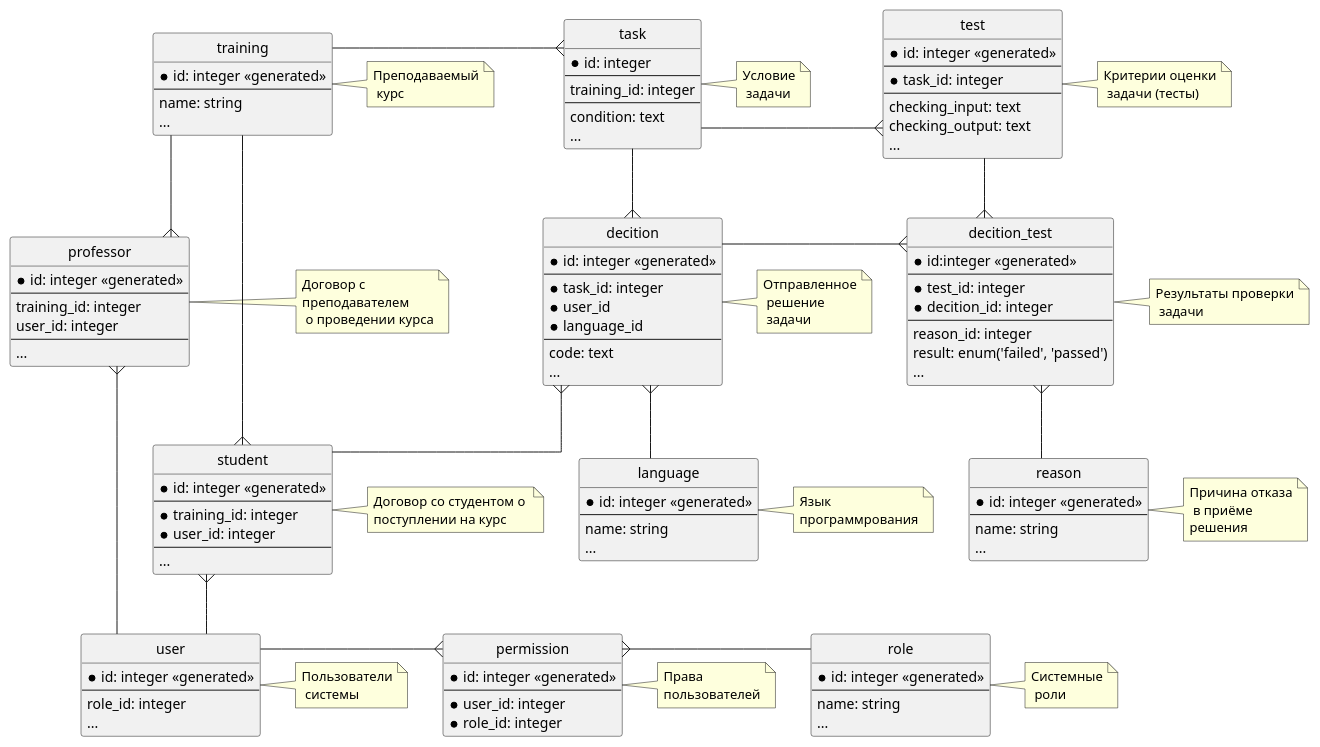
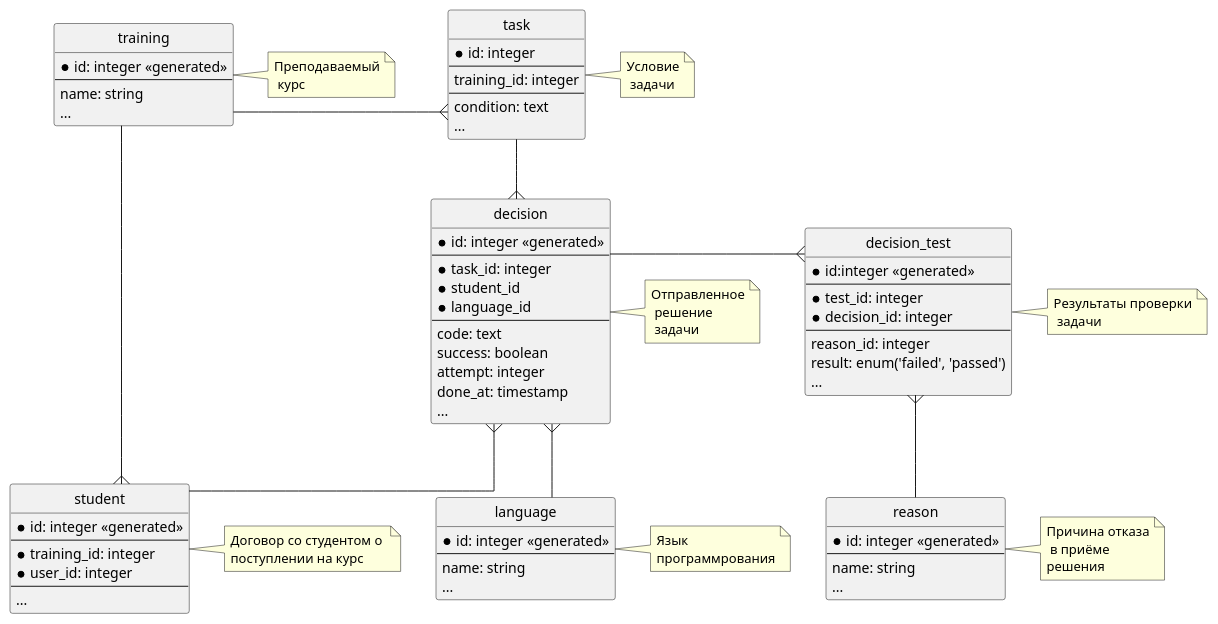
Before and after one commit to inutcin/codecontest: the diagram in docs/dicisions/ADR-0002/wsd/er_student.wsd, drawn with PlantUML. The commit also changed 8 other files, not shown here.

```diff
--- a/docs/dicisions/ADR-0002/wsd/er_student.wsd
+++ b/docs/dicisions/ADR-0002/wsd/er_student.wsd
@@ -1,141 +1,92 @@
-@startuml "ER"
+@startuml "ER student"
 
 skinparam linetype ortho
 hide circle
 
-
-entity user{
-    * id: integer <<generated>>
-    --
-    role_id: integer
-    ...
-}
-
-entity role {
-    * id: integer <<generated>>
-    --
-    name: string
-    ...
-}
-
-entity permission {
-    * id: integer <<generated>>
-    --
-    *user_id: integer
-    *role_id: integer
-}
 
 entity task {
     * id: integer
     --
     training_id: integer
     --
     condition: text
     ...
 }
 
-entity test {
-    * id: integer <<generated>>
-    --
-    * task_id: integer
-    --
-    checking_input: text
-    checking_output: text
-    ...
-}
-
-entity decition {
+entity decision {
     *id: integer <<generated>> 
     --
     *task_id: integer
-    *user_id
+    *student_id
     *language_id
     --
     code: text
+    success: boolean
+    attempt: integer
+    done_at: timestamp
     ...
 }
 
 
-entity decition_test {
+entity decision_test {
     * id:integer <<generated>>
     --
     * test_id: integer
-    * decition_id: integer
+    * decision_id: integer
     --
     reason_id: integer
     result: enum('failed', 'passed')
     ...
 }
 
 entity reason {
     * id: integer <<generated>>
     --
     name: string
     ...
 }
 
 
 entity training {
     * id: integer <<generated>>
     --
     name: string
     ...
 }
 
 entity student {
     * id: integer <<generated>>
     --
     * training_id: integer
     * user_id: integer
     --
     ...
 }
 
-entity professor {
-    * id: integer <<generated>>
-    --
-    training_id: integer
-    user_id: integer
-    --
-    ...
-}
-
 entity language {
     * id: integer <<generated>>
     --
     name: string
     ...
 }
 
-task -r-{ test
-task --{ decition
-decition }-- student 
-decition_test }-l- test
-decition_test }-l- decition
-reason -u-{ decition_test
+task --{ decision
+decision }-- student 
+decision_test }-l- decision
+reason -u-{ decision_test
 task }-l- training
 student }-u- training
-student }-- user
-professor }-u- training
-professor }-- user
-language -u-{ decition
-user -r-{ permission
-permission }-r- role
+language -u-{ decision
 
 
 note right of student: Договор со студентом о \nпоступлении на курс
-note right of professor: Договор с \nпреподавателем\n о проведении курса
-note right of user: Пользователи\n системы
-note right of decition: Отправленное\n решение\n задачи
+note right of decision: Отправленное\n решение\n задачи
 note right of training: Преподаваемый\n курс
 note right of task: Условие\n задачи
-note right of test: Критерии оценки\n задачи (тесты) 
 
-note right of decition_test: Результаты проверки\n задачи
+note right of decision_test: Результаты проверки\n задачи
 note right of reason: Причина отказа\n в приёме \nрешения
 note right of language: Язык \nпрограммрования
 
-note right of permission: Права\nпользователей
-note right of role: Системные\n роли
 
 @enduml
```
